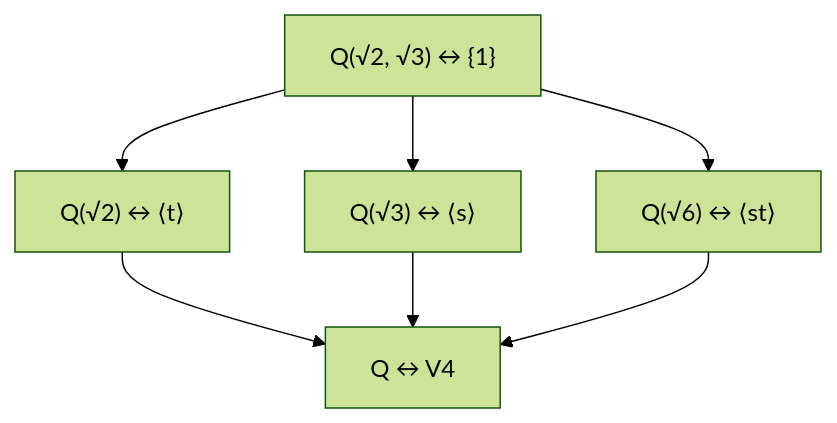
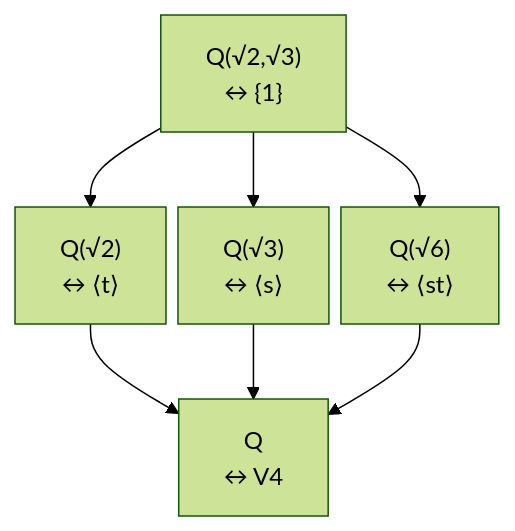
Before and after one commit to EunsonZ/WWL: the first of 2 diagrams in 数学/25-高等代数/30-Galois理论/05-双二次扩张与S3全部对应.md, drawn with Mermaid (forest theme). The commit also changed other lines of this file and 252 other files, not shown here.

````diff
--- a/数学/25-高等代数/30-Galois理论/05-双二次扩张与S3全部对应.md
+++ b/数学/25-高等代数/30-Galois理论/05-双二次扩张与S3全部对应.md
@@ -36,11 +36,12 @@
 ```mermaid
+%%{init: { "flowchart": { "nodeSpacing": 8, "useMaxWidth": true } } }%%
 flowchart TB
-  E["Q(√2, √3) ↔ {1}"]
-  A["Q(√2) ↔ ⟨t⟩"]
-  B["Q(√3) ↔ ⟨s⟩"]
-  C["Q(√6) ↔ ⟨st⟩"]
-  Q["Q ↔ V4"]
+  E["Q(√2,√3)<br/>↔ {1}"]
+  A["Q(√2)<br/>↔ ⟨t⟩"]
+  B["Q(√3)<br/>↔ ⟨s⟩"]
+  C["Q(√6)<br/>↔ ⟨st⟩"]
+  Q["Q<br/>↔ V4"]
   E --> A --> Q
   E --> B --> Q
   E --> C --> Q
 ```
````
